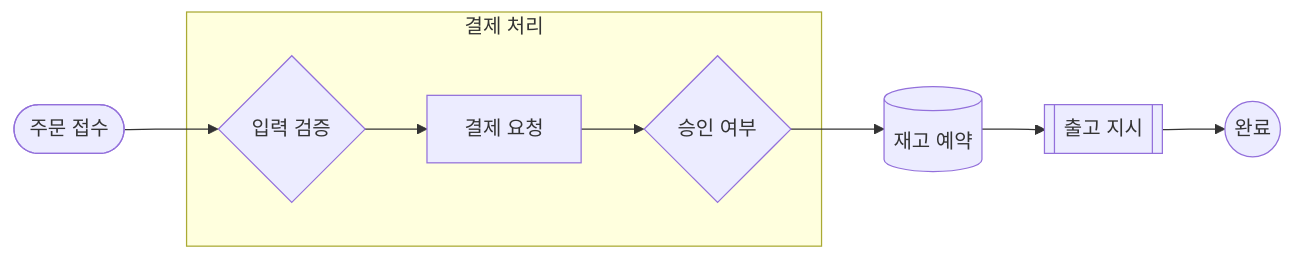
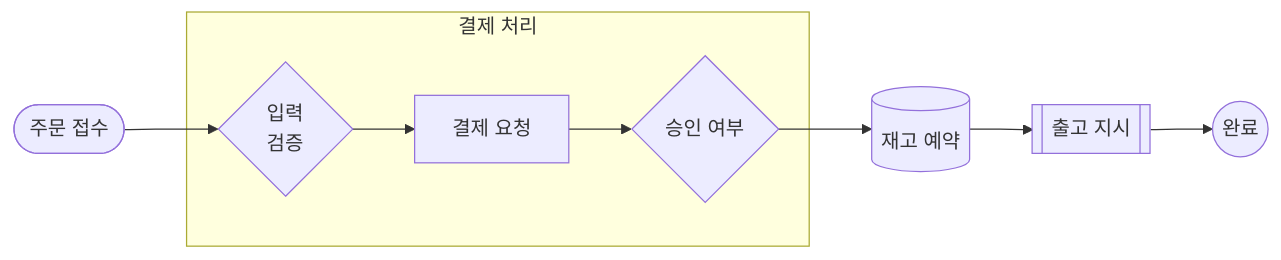
Before and after one commit to 1989v/msa: the first of 5 diagrams in docs/drafts/2026-09-fencesvg.md, drawn with Mermaid. The commit also changed other lines of this file, not shown here.

````diff
--- a/docs/drafts/2026-09-fencesvg.md
+++ b/docs/drafts/2026-09-fencesvg.md
@@ -145,14 +145,14 @@
 ```mermaid
 %% caption: 주문은 결제를 통과해야 출고된다
 %% source: mermaid 원문 보기
 flowchart LR
-  주문([주문 접수]) --> 검증{입력 검증}
+  주문([주문 접수]) --> 검증{입력<br>검증}
   subgraph pay[결제 처리]
     검증 --> 결제[결제 요청]
     결제 --> 승인{승인 여부}
   end
   승인 --> 예약[(재고 예약)]
   예약 --> 출고[[출고 지시]]
   출고 --> 완료((완료))
   class 출고 emphasis
 ```
````
